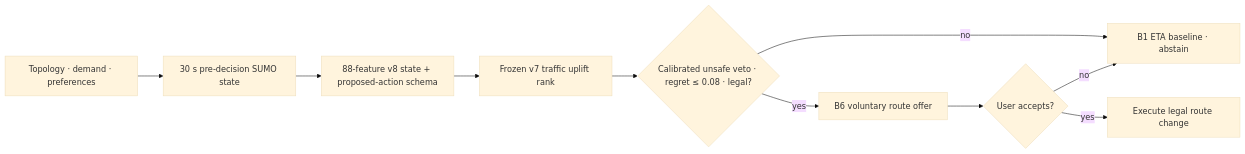
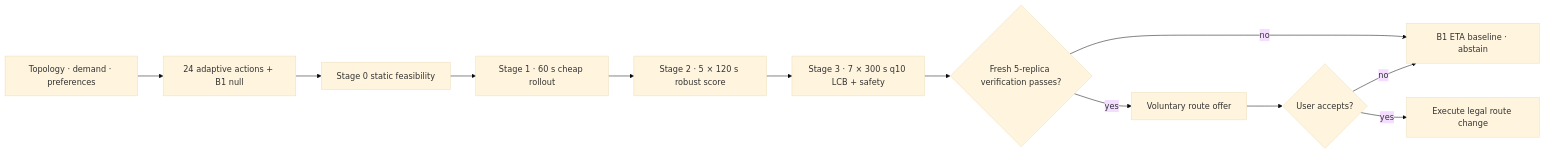
The diagram in README.md (Jaemin-K-An/Concordia), drawn with Mermaid (base theme) before and after one commit. The commit also changed other lines of this file and 48 other files, not shown here.

````diff
--- a/README.md
+++ b/README.md
@@ -112,12 +126,14 @@
 ```mermaid
 flowchart LR
-    A["Topology · demand · preferences"] --> B["30 s pre-decision SUMO state"]
-    B --> C["88-feature v8 state + proposed-action schema"]
-    C --> D["Frozen v7 traffic uplift rank"]
-    D --> E{"Calibrated unsafe veto · regret ≤ 0.08 · legal?"}
-    E -->|"no"| F["B1 ETA baseline · abstain"]
-    E -->|"yes"| G["B6 voluntary route offer"]
-    G --> H{"User accepts?"}
-    H -->|"yes"| I["Execute legal route change"]
-    H -->|"no"| F
+    A["Topology · demand · preferences"] --> B["24 adaptive actions + B1 null"]
+    B --> C["Stage 0 static feasibility"]
+    C --> D["Stage 1 · 60 s cheap rollout"]
+    D --> E["Stage 2 · 5 × 120 s robust score"]
+    E --> F["Stage 3 · 7 × 300 s q10 LCB + safety"]
+    F --> G{"Fresh 5-replica verification passes?"}
+    G -->|"no"| H["B1 ETA baseline · abstain"]
+    G -->|"yes"| I["Voluntary route offer"]
+    I --> J{"User accepts?"}
+    J -->|"yes"| K["Execute legal route change"]
+    J -->|"no"| H
 ```
````
